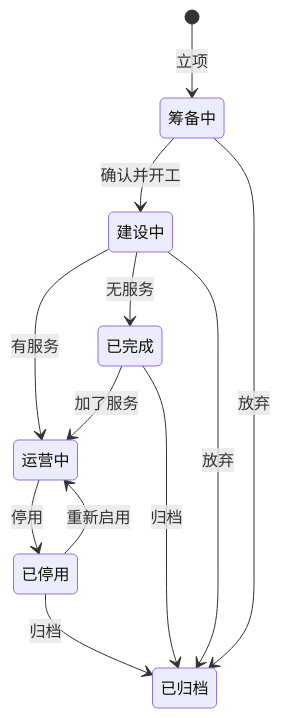
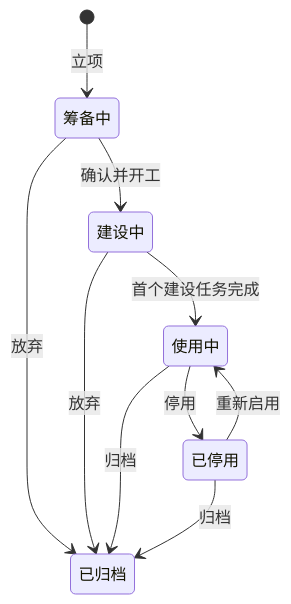
One commit to catmaniii/ergo changed the fifth of 9 diagrams in README.md. Above: the diagram before and after it, drawn with Mermaid. The commit also changed other lines of this file and 40 other files, not shown here.

````diff
--- a/README.md
+++ b/README.md
@@ -210,21 +210,18 @@
 ```mermaid
 stateDiagram-v2
     state "筹备中" as prep
     state "建设中" as build
-    state "运营中" as ops
-    state "已完成" as finished
+    state "使用中" as inuse
     state "已停用" as retired
     state "已归档" as archived
 
     [*] --> prep : 立项
     prep --> build : 确认并开工
-    build --> ops : 有服务
-    build --> finished : 无服务
-    finished --> ops : 加了服务
-    ops --> retired : 停用
-    retired --> ops : 重新启用
+    build --> inuse : 首个建设任务完成
+    inuse --> retired : 停用
+    retired --> inuse : 重新启用
     prep --> archived : 放弃
     build --> archived : 放弃
-    finished --> archived : 归档
+    inuse --> archived : 归档
     retired --> archived : 归档
 ```
````
